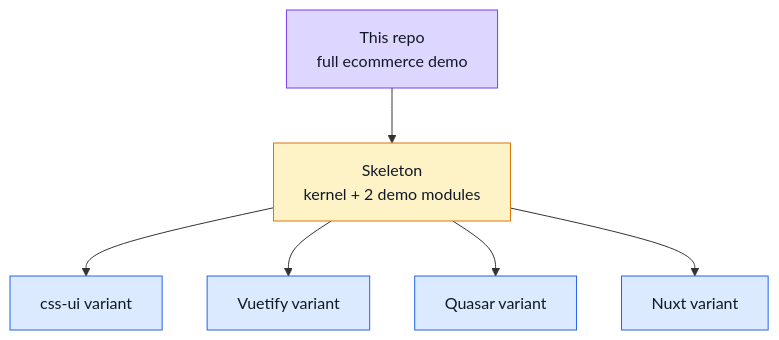
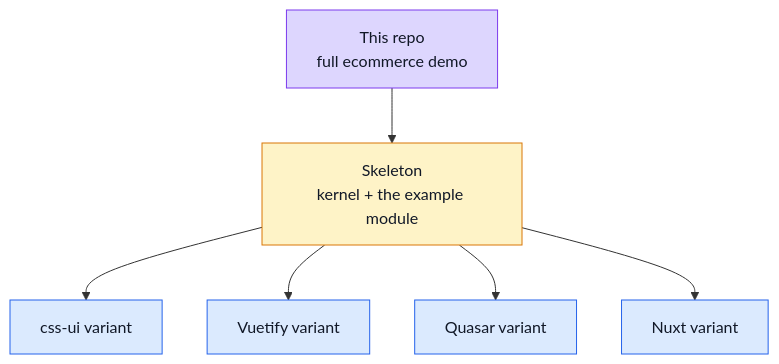
Before and after one commit to Guebbit/boilerplate-vue-frontend: the diagram in docs/theory/roadmap.md, drawn with Mermaid. The commit also changed other lines of this file and 13 other files, not shown here.

Commit message:
docs(example): name the example module where the Playground was named, and drop its page

````diff
--- a/docs/theory/roadmap.md
+++ b/docs/theory/roadmap.md
@@ -14,16 +14,16 @@
 ```mermaid
 %%{init: {'flowchart': {'nodeSpacing': 45, 'rankSpacing': 55}}}%%
 flowchart TD
-    D["This repo<br/>full ecommerce demo"] --> S["Skeleton<br/>kernel + 2 demo modules"]
+    D["This repo<br/>full ecommerce demo"] --> S["Skeleton<br/>kernel + the example module"]
     S --> V1["css-ui variant"]
     S --> V2["Vuetify variant"]
     S --> V3["Quasar variant"]
     S --> V4["Nuxt variant"]
 
     classDef now fill:#ddd6fe,stroke:#7c3aed,color:#111827;
     classDef next fill:#fef3c7,stroke:#d97706,color:#111827;
     classDef later fill:#dbeafe,stroke:#2563eb,color:#111827;
     class D now;
     class S next;
     class V1,V2,V3,V4 later;
 ```
````
